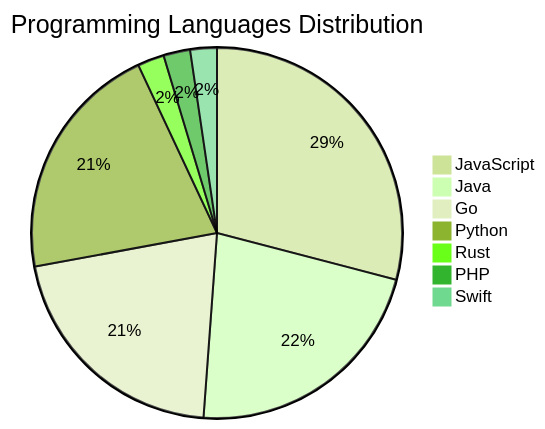
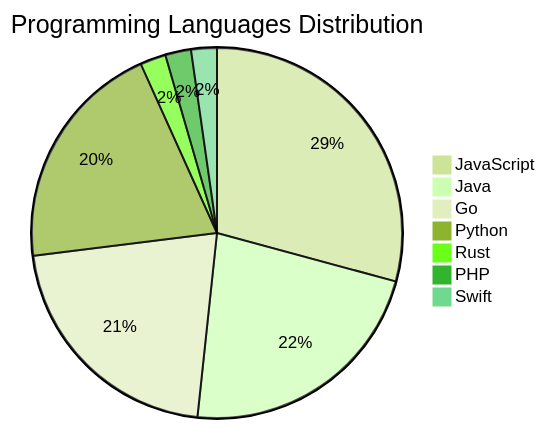
The diagram in README.md (Derrick-MUGISHA/github-activity-bot), drawn with Mermaid (forest theme) before and after one commit. The commit also changed other lines of this file and 3 other files, not shown here.

````diff
--- a/README.md
+++ b/README.md
@@ -73,10 +73,10 @@
 ```mermaid
 pie title Programming Languages Distribution
-    "JavaScript" : 25
-    "Java" : 19
-    "Go" : 18
+    "JavaScript" : 26
+    "Java" : 20
+    "Go" : 19
     "Python" : 18
     "Rust" : 2
     "PHP" : 2
     "Swift" : 2
 ```
````
